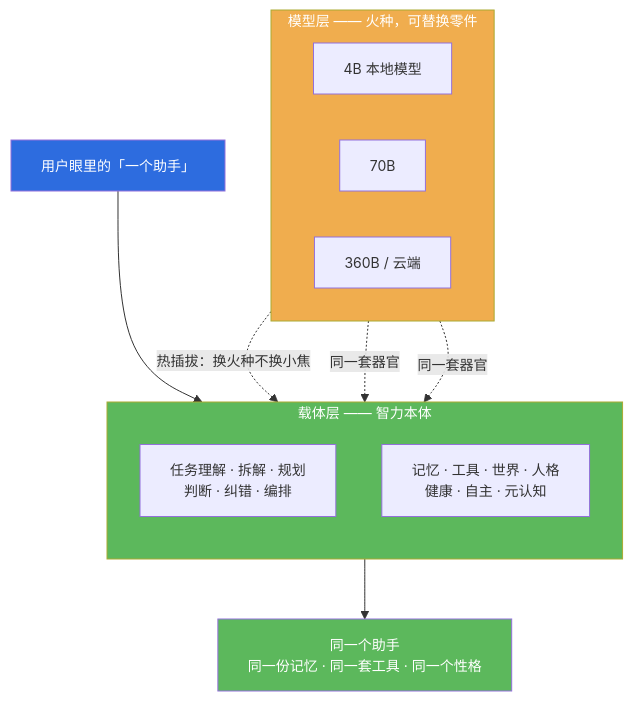
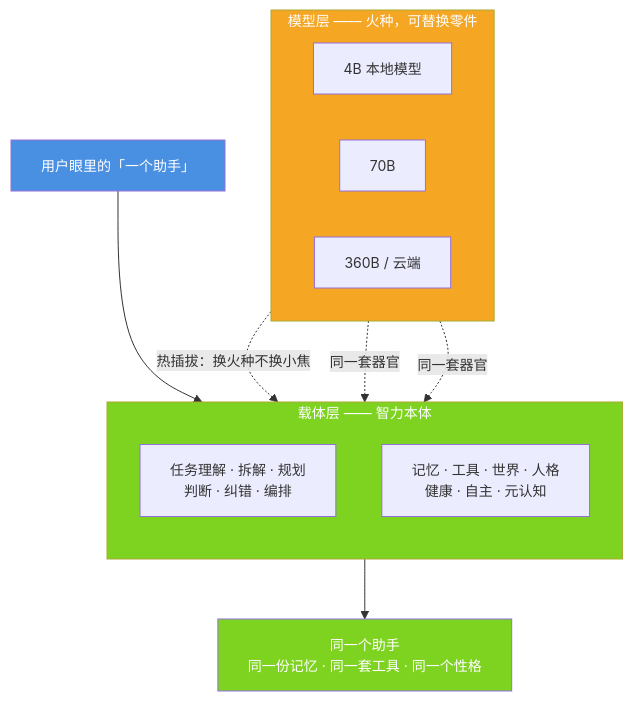
One commit to jiangchuangege/xiaojiao-harnees changed the first of 7 diagrams in README.md. Above: the diagram before and after it, drawn with Mermaid. The commit also changed 32 other files, not shown here.

Commit message:
统一：全仓原理图配色到一套调色板 + 给 12 张灰图补色 + 修正自己会睡那张过期图

````diff
--- a/README.md
+++ b/README.md
@@ -99,25 +99,25 @@
 ```mermaid
 %%{init: {"themeVariables": {"fontSize": "14px"}, "flowchart": {"htmlLabels": true, "wrappingWidth": 400, "nodeSpacing": 46, "rankSpacing": 60, "useMaxWidth": true}}}%%
 flowchart TB
     ROOT["用户眼里的「一个助手」"]
     subgraph MODEL["模型层 —— 火种，可替换零件"]
         direction LR
         M1["4B 本地模型"]
         M2["70B"]
         M3["360B / 云端"]
     end
     subgraph CORE["载体层 —— 智力本体"]
         direction TB
         C1["任务理解 · 拆解 · 规划<br/>判断 · 纠错 · 编排"]
         C2["记忆 · 工具 · 世界 · 人格<br/>健康 · 自主 · 元认知"]
     end
     ROOT --> CORE
     M1 -.->|"热插拔：换火种不换小焦"| CORE
     M2 -.->|"同一套器官"| CORE
     M3 -.->|"同一套器官"| CORE
     CORE --> OUT["同一个助手<br/>同一份记忆 · 同一套工具 · 同一个性格"]
-    style ROOT fill:#2d6cdf,color:#fff
-    style CORE fill:#5cb85c,color:#fff
-    style MODEL fill:#f0ad4e,color:#fff
-    style OUT fill:#5cb85c,color:#fff
+    style ROOT fill:#4A90E2,color:#fff
+    style CORE fill:#7ED321,color:#fff
+    style MODEL fill:#F5A623,color:#fff
+    style OUT fill:#7ED321,color:#fff
 ```
````
